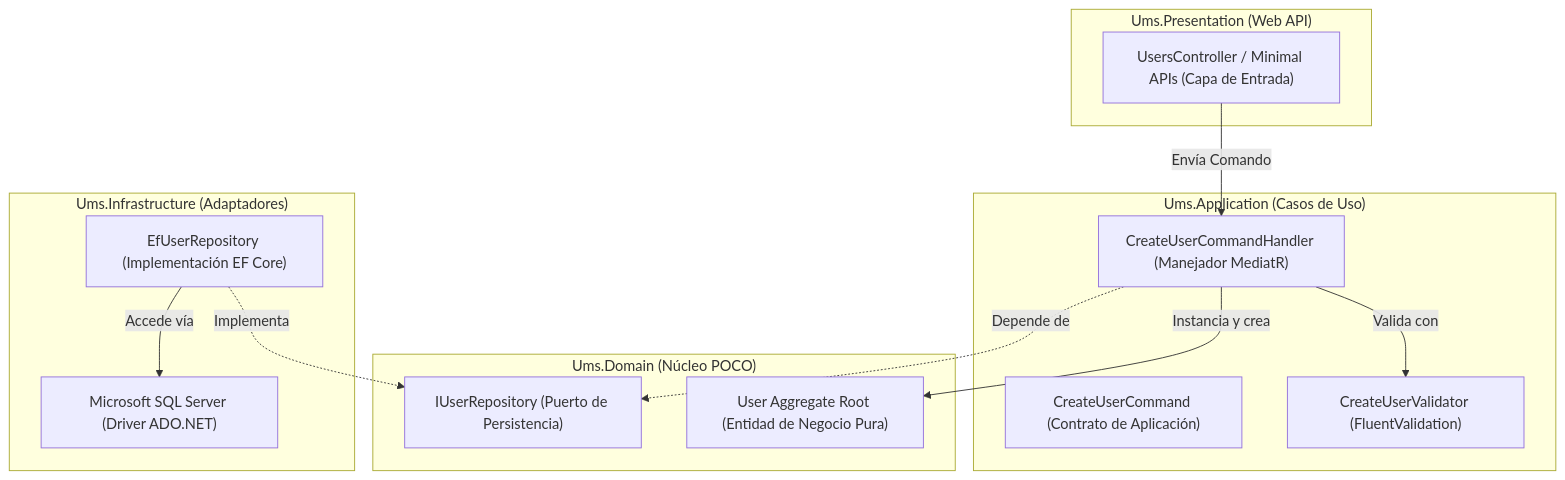
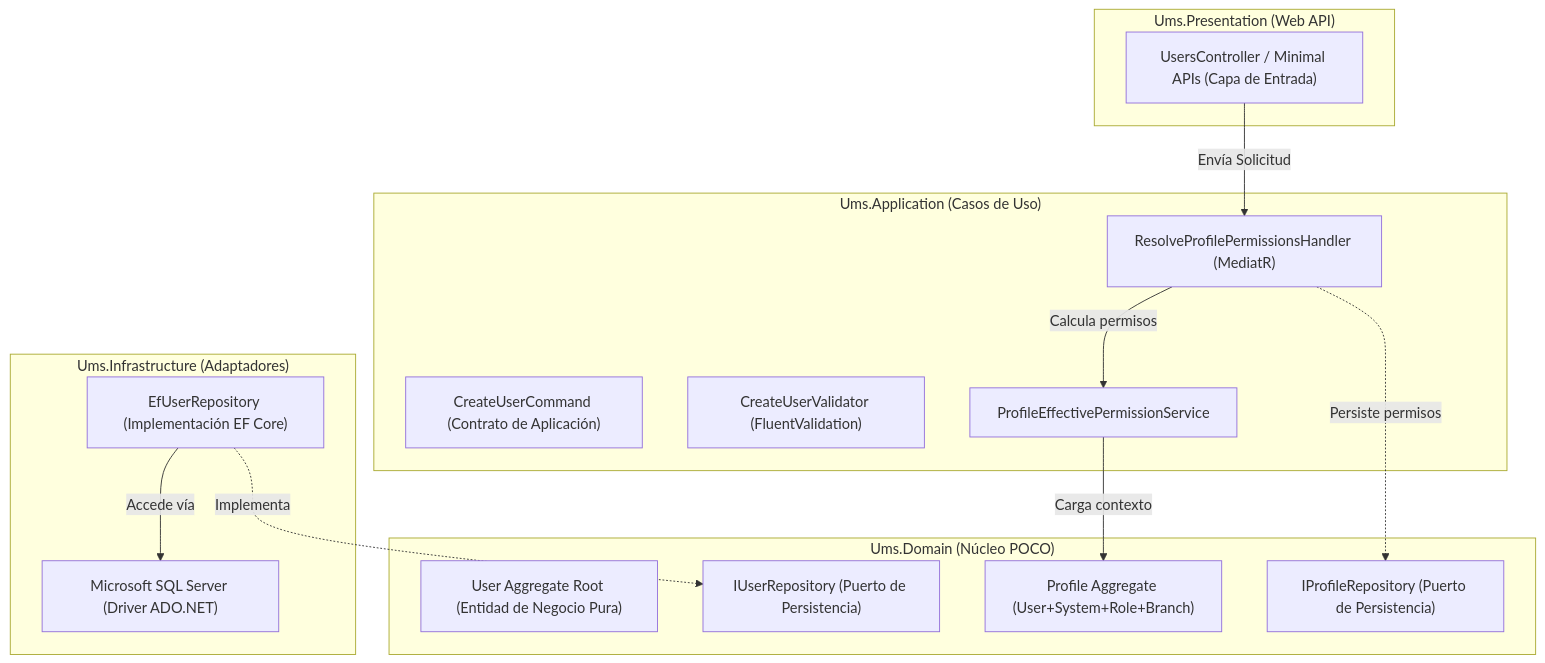
Before and after one commit to beyondnetcode/ums: the third of 8 diagrams in architecture/blueprints-es/architecture-spec.md, drawn with Mermaid. The commit also changed other lines of this file and 5 other files, not shown here.

````diff
--- a/architecture/blueprints-es/architecture-spec.md
+++ b/architecture/blueprints-es/architecture-spec.md
@@ -123,30 +123,40 @@
 ```mermaid
 graph TD
     subgraph Presentation["Ums.Presentation (Web API)"]
         Controller["UsersController / Minimal APIs (Capa de Entrada)"]
     end
 
     subgraph Application["Ums.Application (Casos de Uso)"]
         Handler["CreateUserCommandHandler (Manejador MediatR)"]
         Command["CreateUserCommand (Contrato de Aplicación)"]
         Validator["CreateUserValidator (FluentValidation)"]
     end
 
     subgraph Domain["Ums.Domain (Núcleo POCO)"]
         Entity["User Aggregate Root (Entidad de Negocio Pura)"]
         IUserRepo["IUserRepository (Puerto de Persistencia)"]
     end
 
     subgraph Infrastructure["Ums.Infrastructure (Adaptadores)"]
         EfRepo["EfUserRepository (Implementación EF Core)"]
         SqlServer["Microsoft SQL Server (Driver ADO.NET)"]
     end
 
-    Controller -->|"Envía Comando"| Handler
-    Handler -->|"Valida con"| Validator
-    Handler -->|"Instancia y crea"| Entity
-    Handler -.->|"Depende de"| IUserRepo
+    subgraph Application["Ums.Application (Casos de Uso)"]
+        Handler["ResolveProfilePermissionsHandler (MediatR)"]
+        ProfileService["ProfileEffectivePermissionService"]
+    end
+
+    subgraph Domain["Ums.Domain (Núcleo POCO Puro)"]
+        ProfileEntity["Profile Aggregate (User+System+Role+Branch)"]
+        IProfileRepo["IProfileRepository (Puerto de Persistencia)"]
+    end
+
+    Controller -->|"Envía Solicitud"| Handler
+    Handler -->|"Calcula permisos"| ProfileService
+    ProfileService -->|"Carga contexto"| ProfileEntity
+    Handler -.->|"Persiste permisos"| IProfileRepo
     
     EfRepo -.->|"Implementa"| IUserRepo
     EfRepo -->|"Accede vía"| SqlServer
 ```
````
